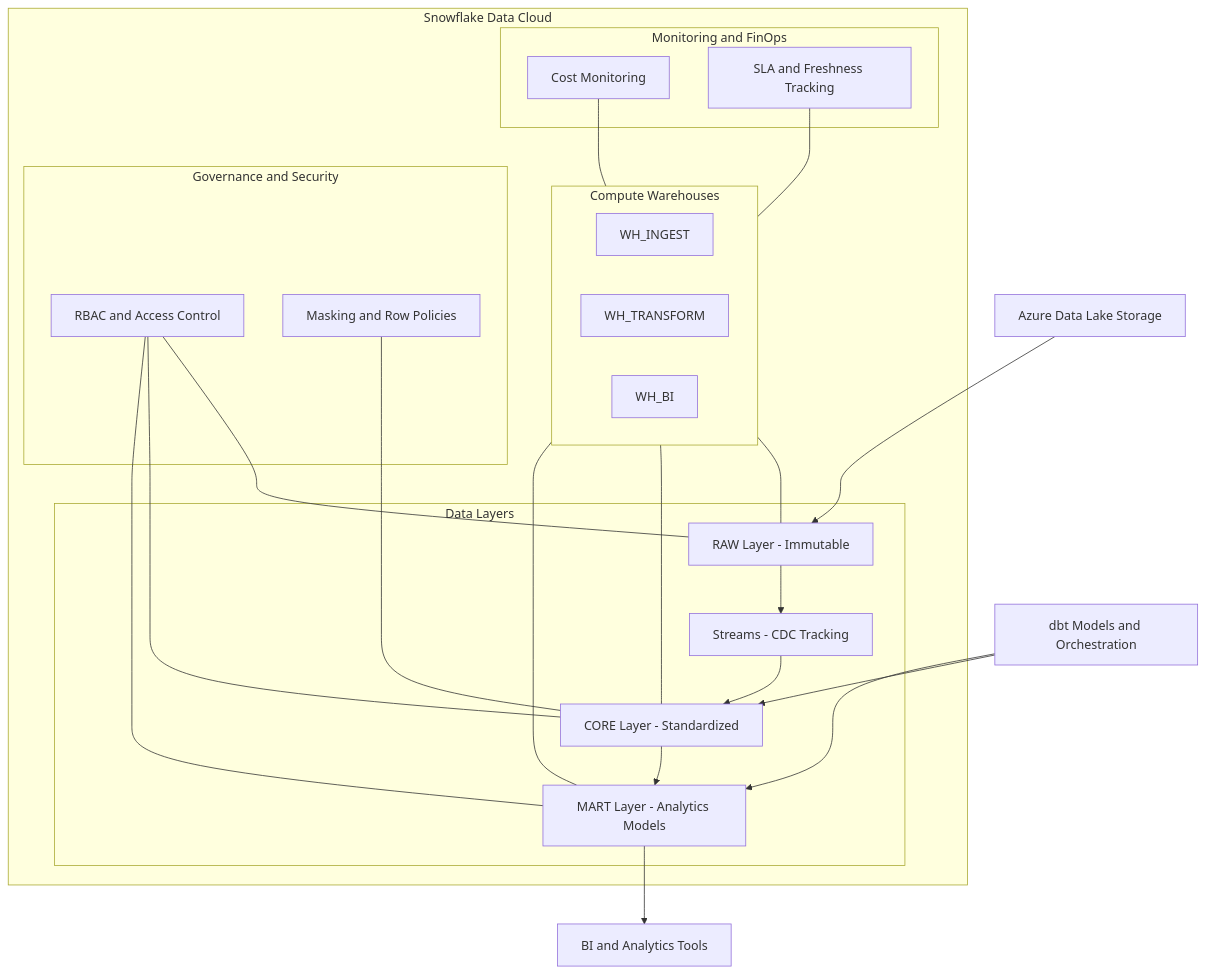
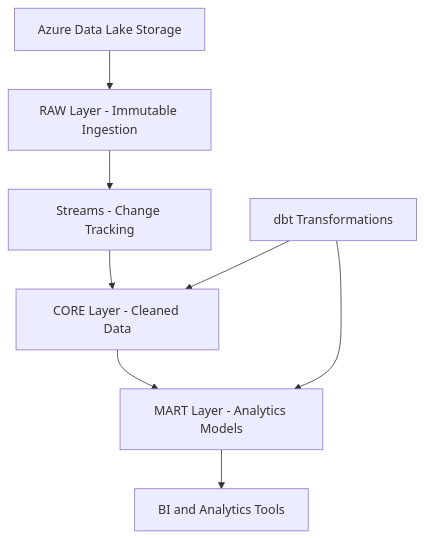
Before and after one commit to adityadaptardar/Snowflake-Movie-Platform: the diagram in 01_architecture/platform_architecture.mmd, drawn with Mermaid.

Commit message:
Refactor platform architecture diagram

```diff
--- a/01_architecture/platform_architecture.mmd
+++ b/01_architecture/platform_architecture.mmd
@@ -1,59 +1,20 @@
 flowchart TD
 
-%% External
 ADLS[Azure Data Lake Storage]
 
-%% Snowflake
-subgraph SF[Snowflake Data Cloud]
+RAW[RAW Layer - Immutable Ingestion]
+STR[Streams - Change Tracking]
+CORE[CORE Layer - Cleaned Data]
+MART[MART Layer - Analytics Models]
 
-    subgraph GOV[Governance and Security]
-        RBAC[RBAC and Access Control]
-        MASK[Masking and Row Policies]
-    end
-
-    subgraph MON[Monitoring and FinOps]
-        COST[Cost Monitoring]
-        SLA[SLA and Freshness Tracking]
-    end
-
-    subgraph WH[Compute Warehouses]
-        ING[WH_INGEST]
-        TRN[WH_TRANSFORM]
-        BIW[WH_BI]
-    end
-
-    subgraph DATA[Data Layers]
-        RAW[RAW Layer - Immutable]
-        STR[Streams - CDC Tracking]
-        CORE[CORE Layer - Standardized]
-        MART[MART Layer - Analytics Models]
-    end
-
-end
-
-%% dbt outside Snowflake but controlling transforms
-DBT[dbt Models and Orchestration]
-
+DBT[dbt Transformations]
 BI[BI and Analytics Tools]
 
-%% Flow
 ADLS --> RAW
 RAW --> STR
 STR --> CORE
 CORE --> MART
 MART --> BI
 
-%% dbt orchestration links
 DBT --> CORE
 DBT --> MART
-
-%% Supporting relationships
-RBAC --- RAW
-RBAC --- CORE
-RBAC --- MART
-MASK --- CORE
-COST --- WH
-SLA --- WH
-WH --- RAW
-WH --- CORE
-WH --- MART
```
